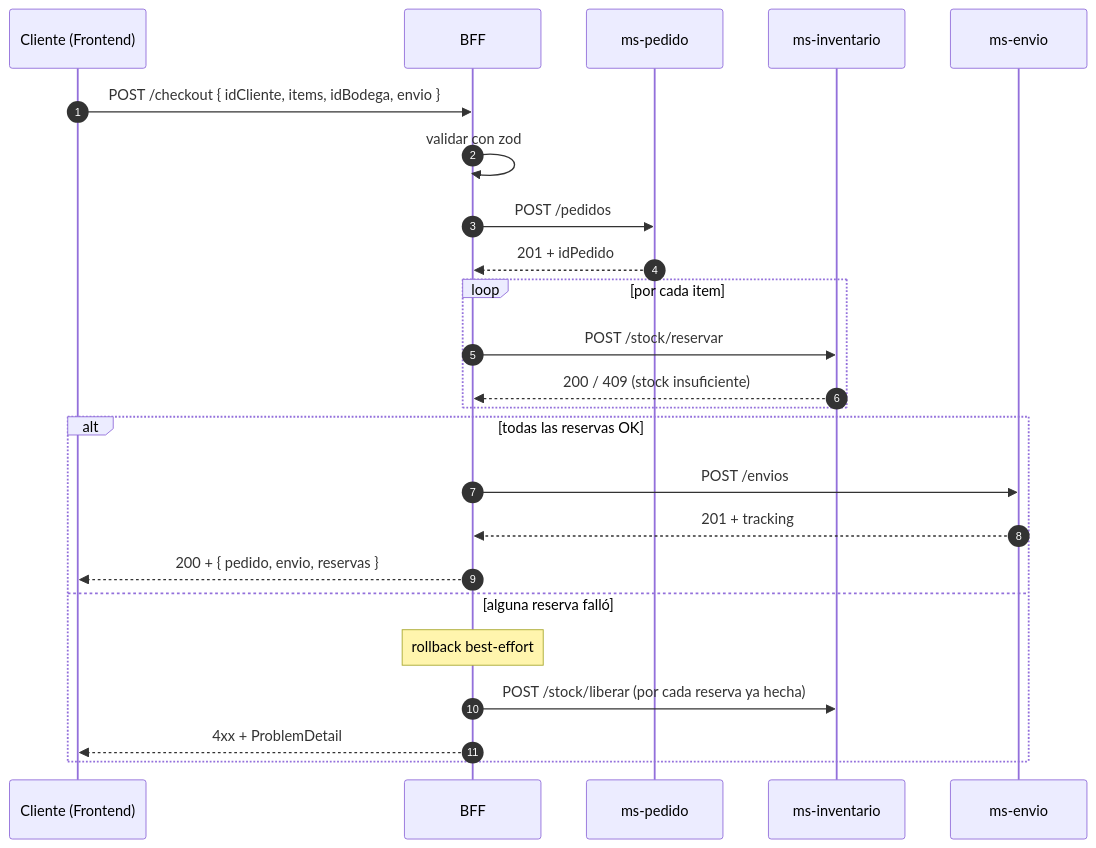
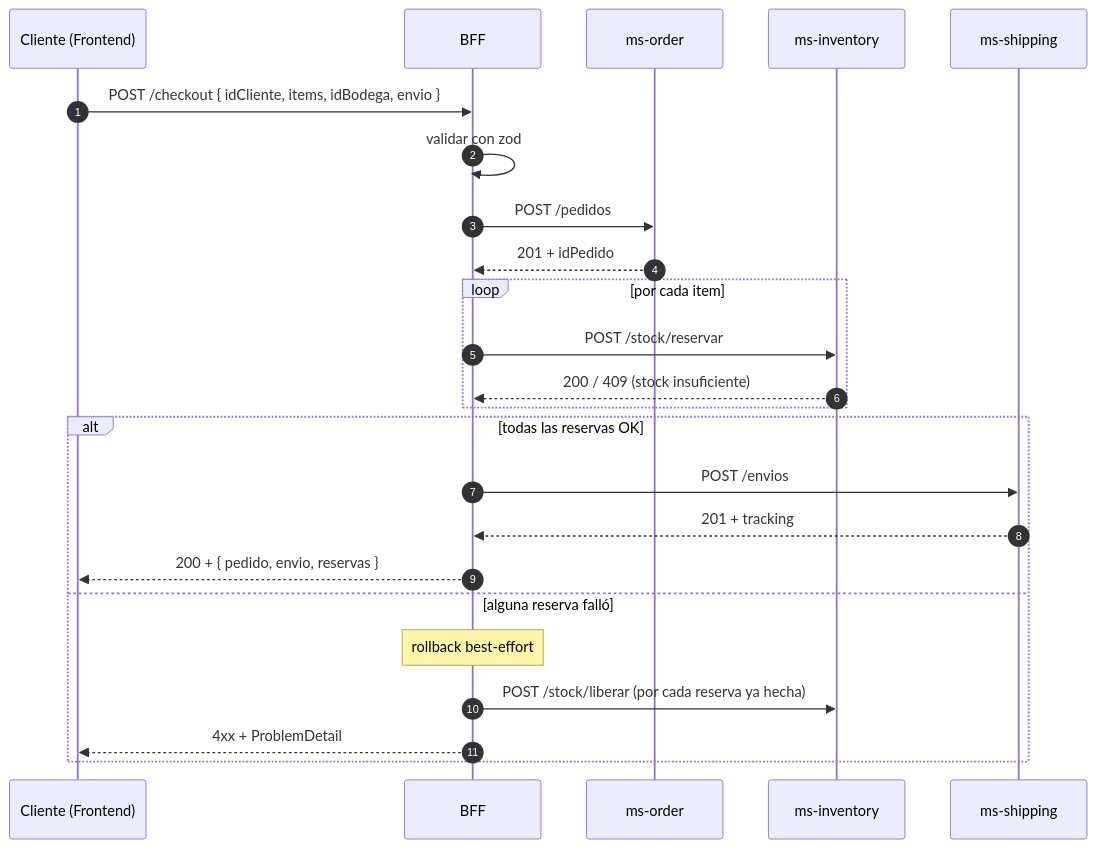
One commit to smartLogixfs/smartlogixs changed the fourth of 9 diagrams in README.md. Above: the diagram before and after it, drawn with Mermaid. The commit also changed other lines of this file and 160 other files, not shown here.

````diff
--- a/README.md
+++ b/README.md
@@ -186,29 +192,29 @@
 ```mermaid
 sequenceDiagram
     autonumber
     participant C as Cliente (Frontend)
     participant B as BFF
-    participant P as ms-pedido
-    participant I as ms-inventario
-    participant E as ms-envio
+    participant P as ms-order
+    participant I as ms-inventory
+    participant E as ms-shipping
 
     C->>B: POST /checkout { idCliente, items, idBodega, envio }
     B->>B: validar con zod
     B->>P: POST /pedidos
     P-->>B: 201 + idPedido
 
     loop por cada item
         B->>I: POST /stock/reservar
         I-->>B: 200 / 409 (stock insuficiente)
     end
 
     alt todas las reservas OK
         B->>E: POST /envios
         E-->>B: 201 + tracking
         B-->>C: 200 + { pedido, envio, reservas }
     else alguna reserva falló
         Note over B: rollback best-effort
         B->>I: POST /stock/liberar (por cada reserva ya hecha)
         B-->>C: 4xx + ProblemDetail
     end
 ```
````
